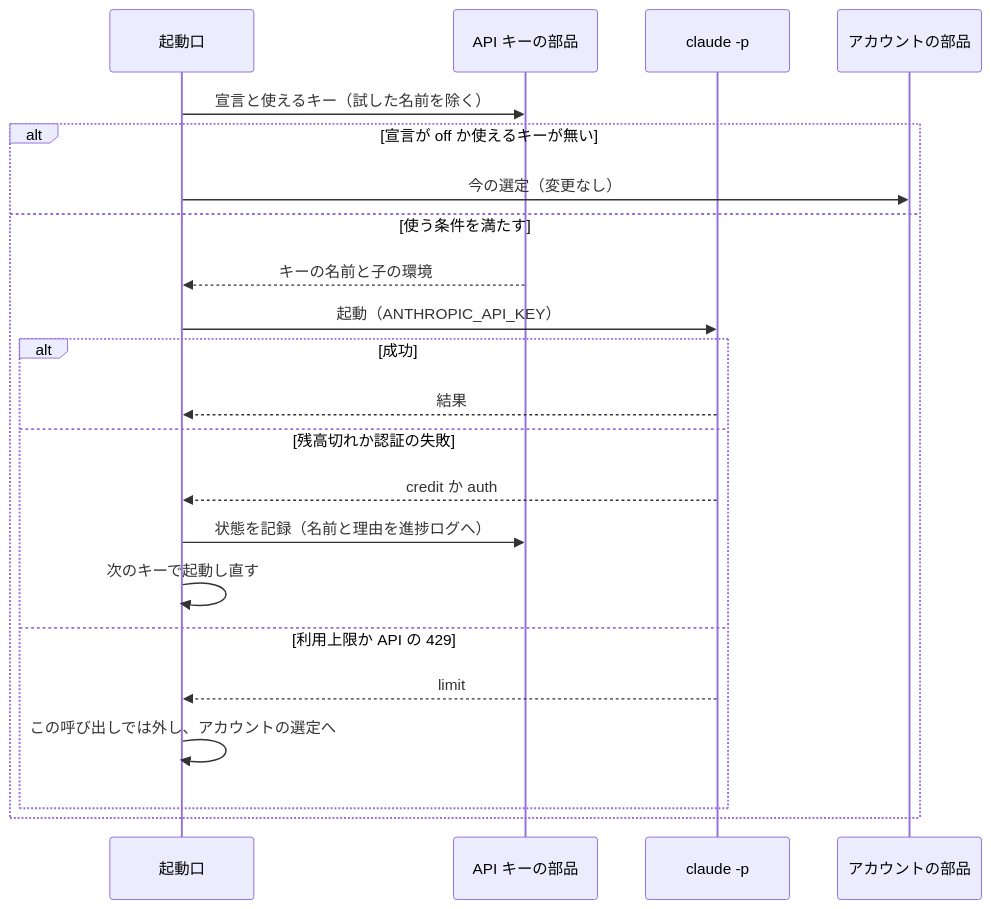
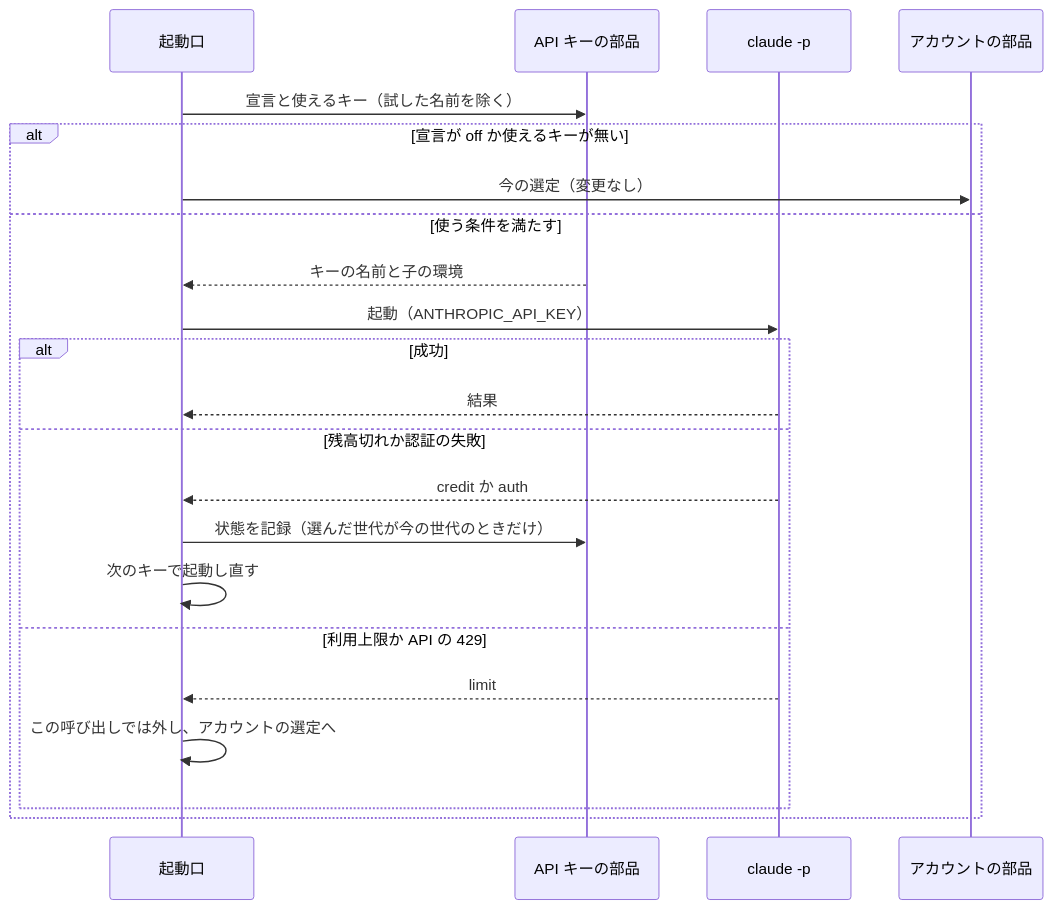
Before and after one commit to devbasex/ai-plugins: the fifth of 6 diagrams in issues/issue-2855-design.md, drawn with Mermaid. The commit also changed other lines of this file, not shown here.

````diff
--- a/issues/issue-2855-design.md
+++ b/issues/issue-2855-design.md
@@ -315,24 +319,24 @@
 ```mermaid
 sequenceDiagram
     participant R as 起動口
     participant K as API キーの部品
     participant C as claude -p
     participant A as アカウントの部品
     R->>K: 宣言と使えるキー（試した名前を除く）
     alt 宣言が off か使えるキーが無い
         R->>A: 今の選定（変更なし）
     else 使う条件を満たす
         K-->>R: キーの名前と子の環境
         R->>C: 起動（ANTHROPIC_API_KEY）
         alt 成功
             C-->>R: 結果
         else 残高切れか認証の失敗
             C-->>R: credit か auth
-            R->>K: 状態を記録（名前と理由を進捗ログへ）
+            R->>K: 状態を記録（選んだ世代が今の世代のときだけ）
             R->>R: 次のキーで起動し直す
         else 利用上限か API の 429
             C-->>R: limit
             R->>R: この呼び出しでは外し、アカウントの選定へ
         end
     end
 ```
````
